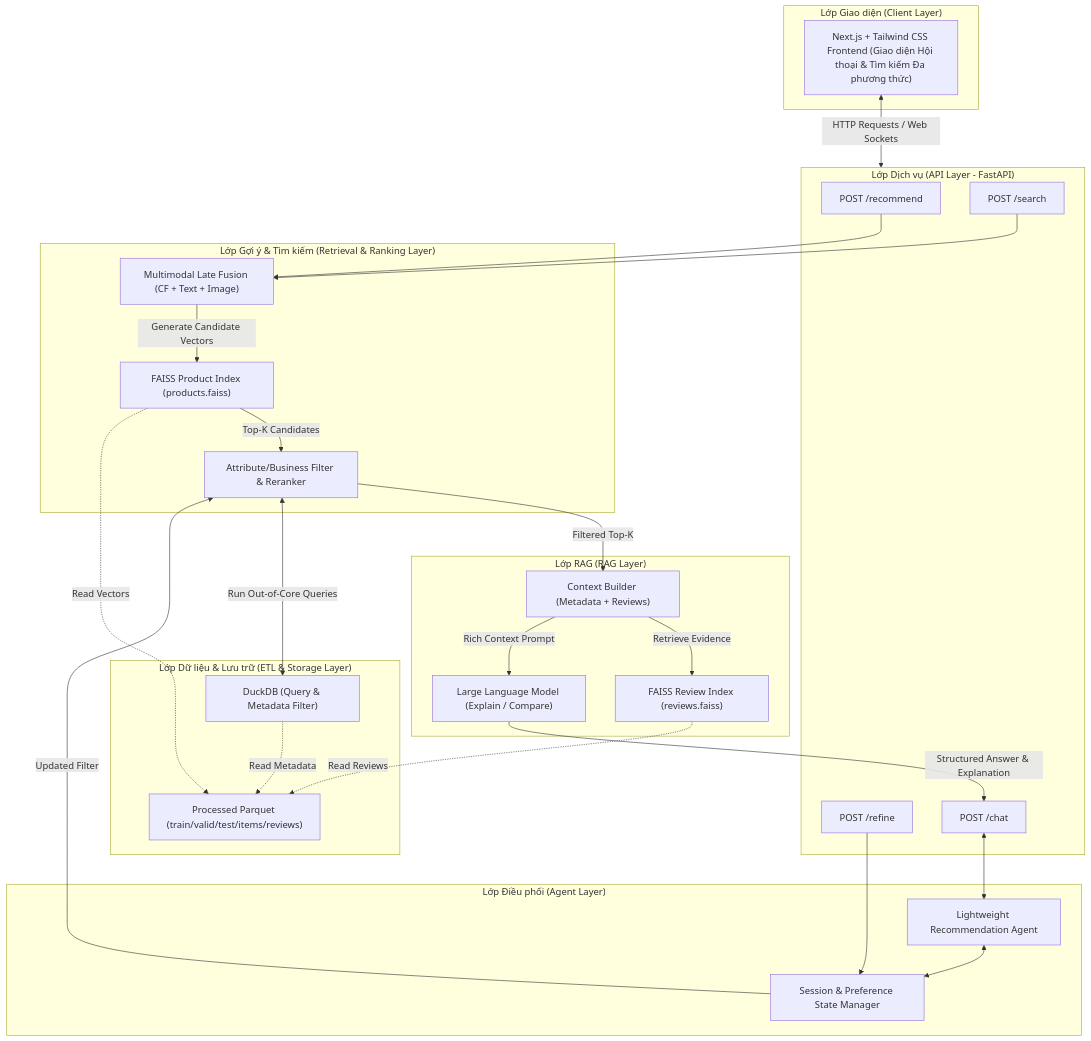
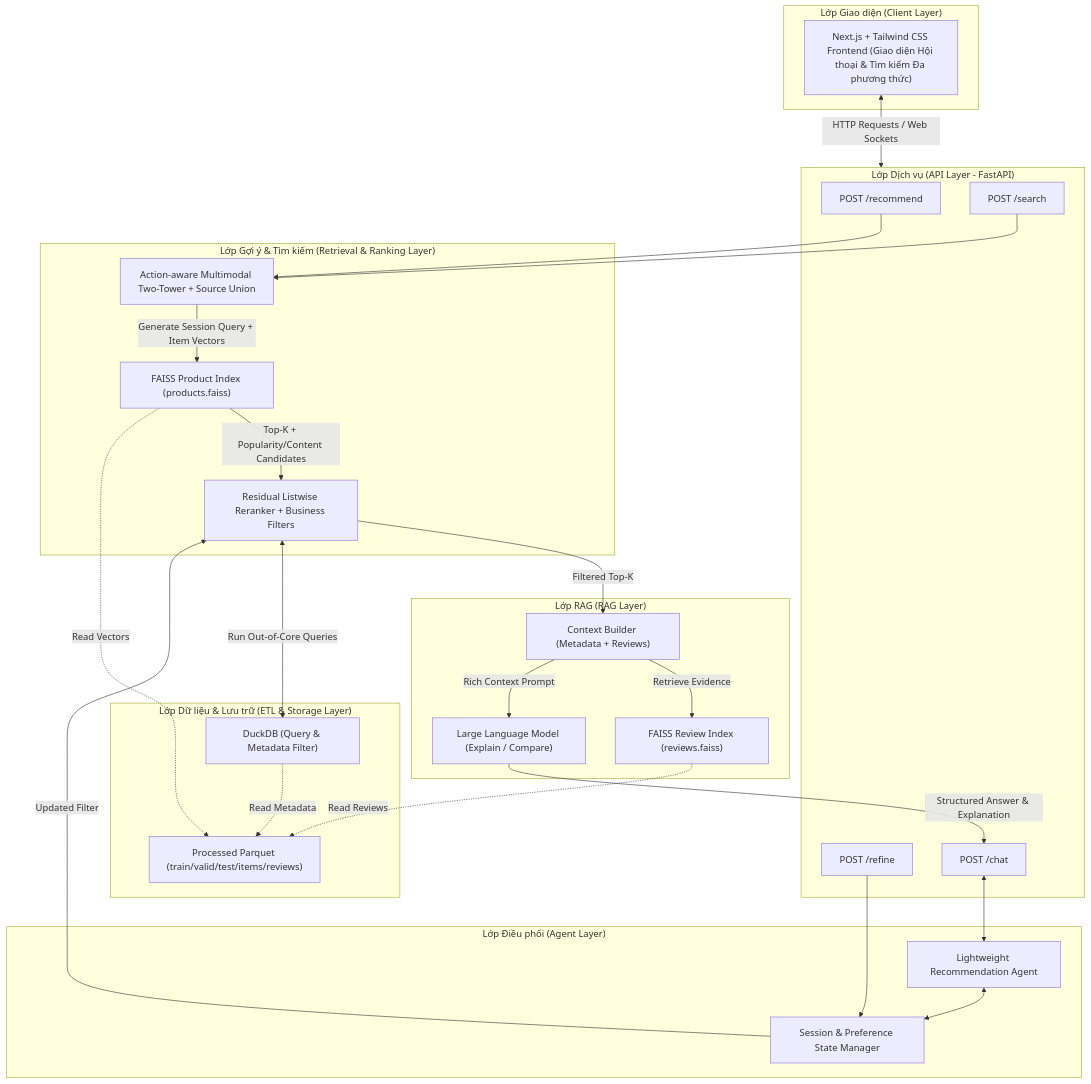
The diagram in .agents/rules/AGENT.md (NguyenVanTien204/Multimodal-Product-Recommendation-System), drawn with Mermaid before and after one commit. The commit also changed other lines of this file and 54 other files, not shown here.

Commit message:
feat: add backend marketplace import scripts, architecture documentation, and agent rules

````diff
--- a/.agents/rules/AGENT.md
+++ b/.agents/rules/AGENT.md
@@ -11,68 +11,68 @@
 ```mermaid
 graph TD
     %% Client Layer
     subgraph Client ["Lớp Giao diện (Client Layer)"]
         UI["Next.js + Tailwind CSS Frontend (Giao diện Hội thoại & Tìm kiếm Đa phương thức)"]
     end
 
     %% API Layer
     subgraph API ["Lớp Dịch vụ (API Layer - FastAPI)"]
         EndRecommend["POST /recommend"]
         EndSearch["POST /search"]
         EndRefine["POST /refine"]
         EndChat["POST /chat"]
     end
 
     %% Orchestrator Agent
     subgraph AgentSpace ["Lớp Điều phối (Agent Layer)"]
         Agent["Lightweight Recommendation Agent"]
         SessionMgr["Session & Preference State Manager"]
     end
 
     %% Core Recommend Engine
     subgraph RecEngine ["Lớp Gợi ý & Tìm kiếm (Retrieval & Ranking Layer)"]
-        Fusion["Multimodal Late Fusion (CF + Text + Image)"]
+        Fusion["Action-aware Multimodal Two-Tower + Source Union"]
         FaissItem["FAISS Product Index (products.faiss)"]
-        Reranker["Attribute/Business Filter & Reranker"]
+        Reranker["Residual Listwise Reranker + Business Filters"]
     end
 
     %% RAG Engine
     subgraph RAGEngine ["Lớp RAG (RAG Layer)"]
         FaissReview["FAISS Review Index (reviews.faiss)"]
         ContextBuilder["Context Builder (Metadata + Reviews)"]
         LLM["Large Language Model (Explain / Compare)"]
     end
 
     %% ETL & Storage
     subgraph Storage ["Lớp Dữ liệu & Lưu trữ (ETL & Storage Layer)"]
         ParquetData["Processed Parquet (train/valid/test/items/reviews)"]
         DuckDB["DuckDB (Query & Metadata Filter)"]
     end
 
     %% Connections
     UI <--> |HTTP Requests / Web Sockets| API
     EndChat <--> Agent
     Agent <--> SessionMgr
     
     %% API connections to core engines
     EndRecommend --> Fusion
     EndSearch --> Fusion
     EndRefine --> SessionMgr
     
     %% Retrieval flow
     SessionMgr --> |Updated Filter| Reranker
-    Fusion --> |Generate Candidate Vectors| FaissItem
-    FaissItem --> |Top-K Candidates| Reranker
+    Fusion --> |Generate Session Query + Item Vectors| FaissItem
+    FaissItem --> |Top-K + Popularity/Content Candidates| Reranker
     Reranker --> |Filtered Top-K| ContextBuilder
     
     %% RAG Flow
     ContextBuilder --> |Retrieve Evidence| FaissReview
     ContextBuilder --> |Rich Context Prompt| LLM
     LLM --> |Structured Answer & Explanation| EndChat
     
     %% Storage connections
     FaissItem -.-> |Read Vectors| ParquetData
     FaissReview -.-> |Read Reviews| ParquetData
     Reranker <--> |Run Out-of-Core Queries| DuckDB
     DuckDB -.-> |Read Metadata| ParquetData
 ```
````
